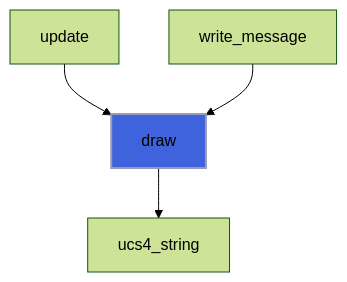
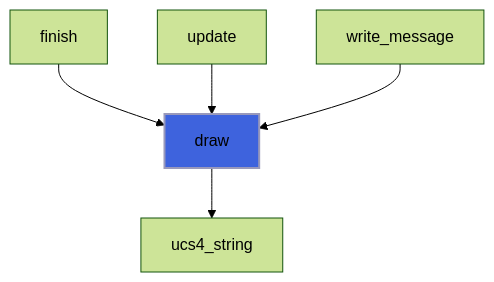
One commit to szaghi/forbear changed diagram 16 of 33 in docs/api/src/lib/forbear_bar_object.md. Above: the diagram before and after it, drawn with Mermaid (forest theme). The commit also changed other lines of this file and 28 other files, not shown here.

````diff
--- a/docs/api/src/lib/forbear_bar_object.md
+++ b/docs/api/src/lib/forbear_bar_object.md
@@ -573,7 +638,8 @@
 ```mermaid
 flowchart TD
+  finish["finish"] --> draw["draw"]
   update["update"] --> draw["draw"]
   write_message["write_message"] --> draw["draw"]
   draw["draw"] --> ucs4_string["ucs4_string"]
   style draw fill:#3e63dd,stroke:#99b,stroke-width:2px
 ```
````
